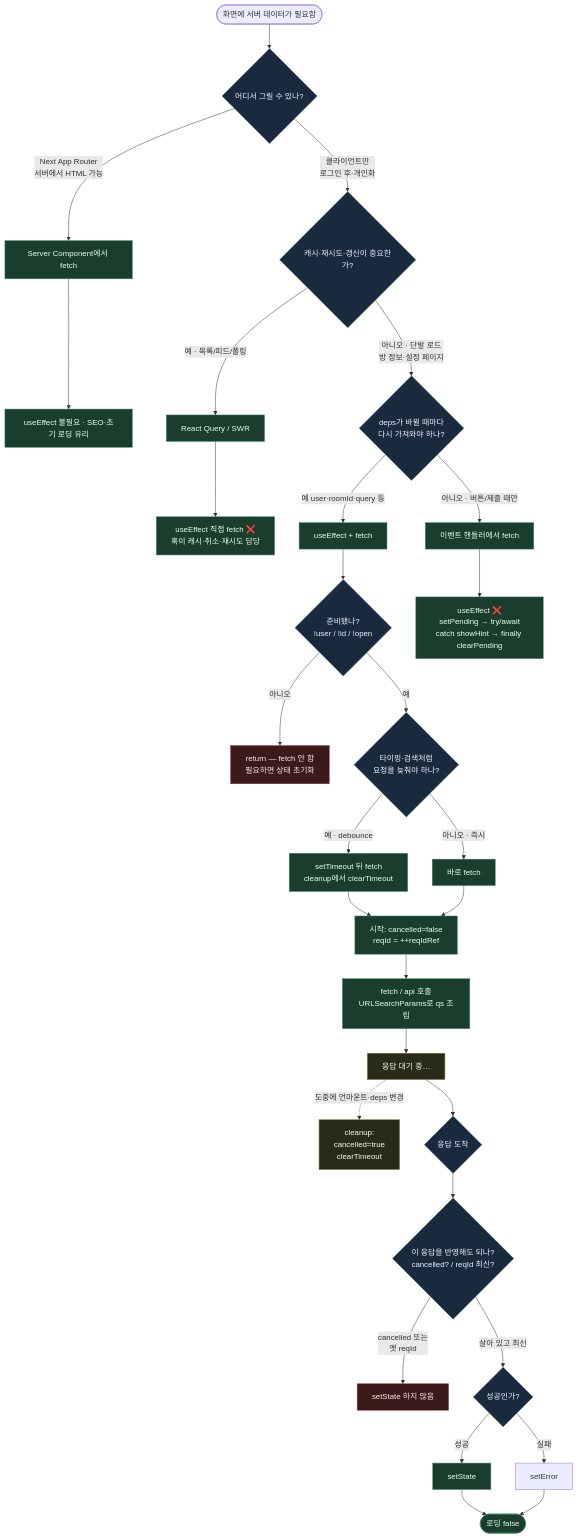
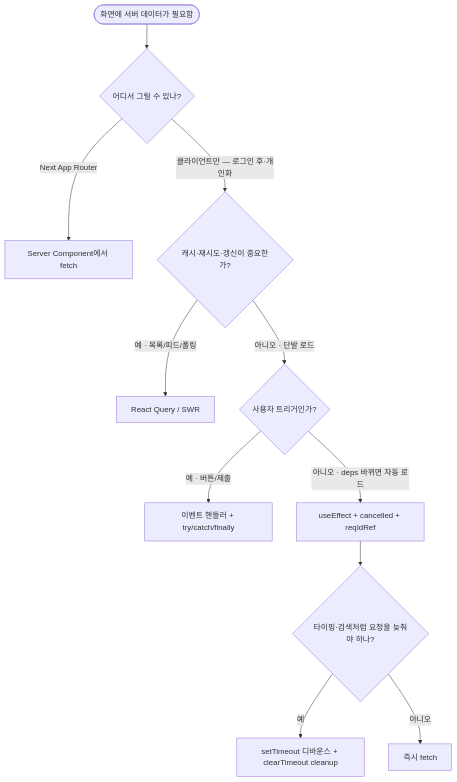
The diagram in 20_Wiki/22_Languages/JS_Ecosystem/React_AsyncUI.md (hgim96715-lgtm/Obsidian_study), drawn with Mermaid before and after one commit. The commit also changed other lines of this file and 3 other files, not shown here.

````diff
--- a/20_Wiki/22_Languages/JS_Ecosystem/React_AsyncUI.md
+++ b/20_Wiki/22_Languages/JS_Ecosystem/React_AsyncUI.md
@@ -30,52 +605,17 @@
 ```mermaid
 flowchart TD
   Start([화면에 서버 데이터가 필요함]) --> Q1{어디서 그릴 수 있나?}
 
-  Q1 -->|Next App Router<br/>서버에서 HTML 가능| SC[Server Component에서 fetch]
-  SC --> SCNote[useEffect 불필요 · SEO·초기 로딩 유리]
-
-  Q1 -->|클라이언트만<br/>로그인 후·개인화| Q2{캐시·재시도·갱신이 중요한가?}
+  Q1 -->|Next App Router| SC[Server Component에서 fetch]
+  Q1 -->|클라이언트만 — 로그인 후·개인화| Q2{캐시·재시도·갱신이 중요한가?}
 
   Q2 -->|예 · 목록/피드/폴링| RQ[React Query / SWR]
-  RQ --> RQNote[useEffect 직접 fetch ❌<br/>훅이 캐시·취소·재시도 담당]
+  Q2 -->|아니오 · 단발 로드| Q3{사용자 트리거인가?}
 
-  Q2 -->|아니오 · 단발 로드<br/>방 정보·설정 페이지| Q3{deps가 바뀔 때마다<br/>다시 가져와야 하나?}
+  Q3 -->|예 · 버튼/제출| EH[이벤트 핸들러 + try/catch/finally]
+  Q3 -->|아니오 · deps 바뀌면 자동 로드| UE[useEffect + cancelled + reqIdRef]
 
-  Q3 -->|예 user·roomId·query 등| Eff[useEffect + fetch]
-  Eff --> Guard{준비됐나?<br/>!user / !id / !open}
-  Guard -->|아니오| Skip[return — fetch 안 함<br/>필요하면 상태 초기화]
-  Guard -->|예| Q4{타이핑·검색처럼<br/>요청을 늦춰야 하나?}
-
-  Q4 -->|예 · debounce| Deb[setTimeout 뒤 fetch<br/>cleanup에서 clearTimeout]
-  Q4 -->|아니오 · 즉시| Imm[바로 fetch]
-
-  Deb --> Race
-  Imm --> Race
-
-  Race[시작: cancelled=false<br/>reqId = ++reqIdRef]
-  Race --> Call[fetch / api 호출<br/>URLSearchParams로 qs 조립]
-
-  Call --> Wait[응답 대기 중…]
-  Wait -.->|도중에 언마운트·deps 변경| Side[cleanup:<br/>cancelled=true<br/>clearTimeout]
-  Wait --> Res{응답 도착}
-
-  Res --> Check{이 응답을 반영해도 되나?<br/>cancelled? / reqId 최신?}
-  Check -->|cancelled 또는<br/>옛 reqId| Ignore[setState 하지 않음]
-  Check -->|살아 있고 최신| Ok{성공인가?}
-  Ok -->|성공| Set[setState]
-  Ok -->|실패| Err[setError]
-  Set --> Done([로딩 false])
-  Err --> Done
-
-  Q3 -->|아니오 · 버튼/제출 때만| Evt[이벤트 핸들러에서 fetch]
-  Evt --> EvtNote[useEffect ❌<br/>setPending → try/await<br/>catch showHint → finally clearPending]
-
-  classDef good fill:#1a3d2e,stroke:#3d8f6a,color:#e8fff3
-  classDef bad fill:#3d1a1a,stroke:#8f3d3d,color:#ffe8e8
-  classDef ask fill:#1a2a3d,stroke:#3d6a8f,color:#e8f3ff
-  classDef side fill:#2a2a1a,stroke:#8f8f3d,color:#fffde8
-  class SC,RQ,Eff,Evt,Set,Done,SCNote,RQNote,EvtNote,Deb,Imm,Race,Call good
-  class Skip,Ignore bad
-  class Q1,Q2,Q3,Q4,Guard,Res,Check,Ok ask
-  class Wait,Side side
+  UE --> Q4{타이핑·검색처럼 요청을 늦춰야 하나?}
+  Q4 -->|예| Deb[setTimeout 디바운스 + clearTimeout cleanup]
+  Q4 -->|아니오| Imm[즉시 fetch]
 ```
````
